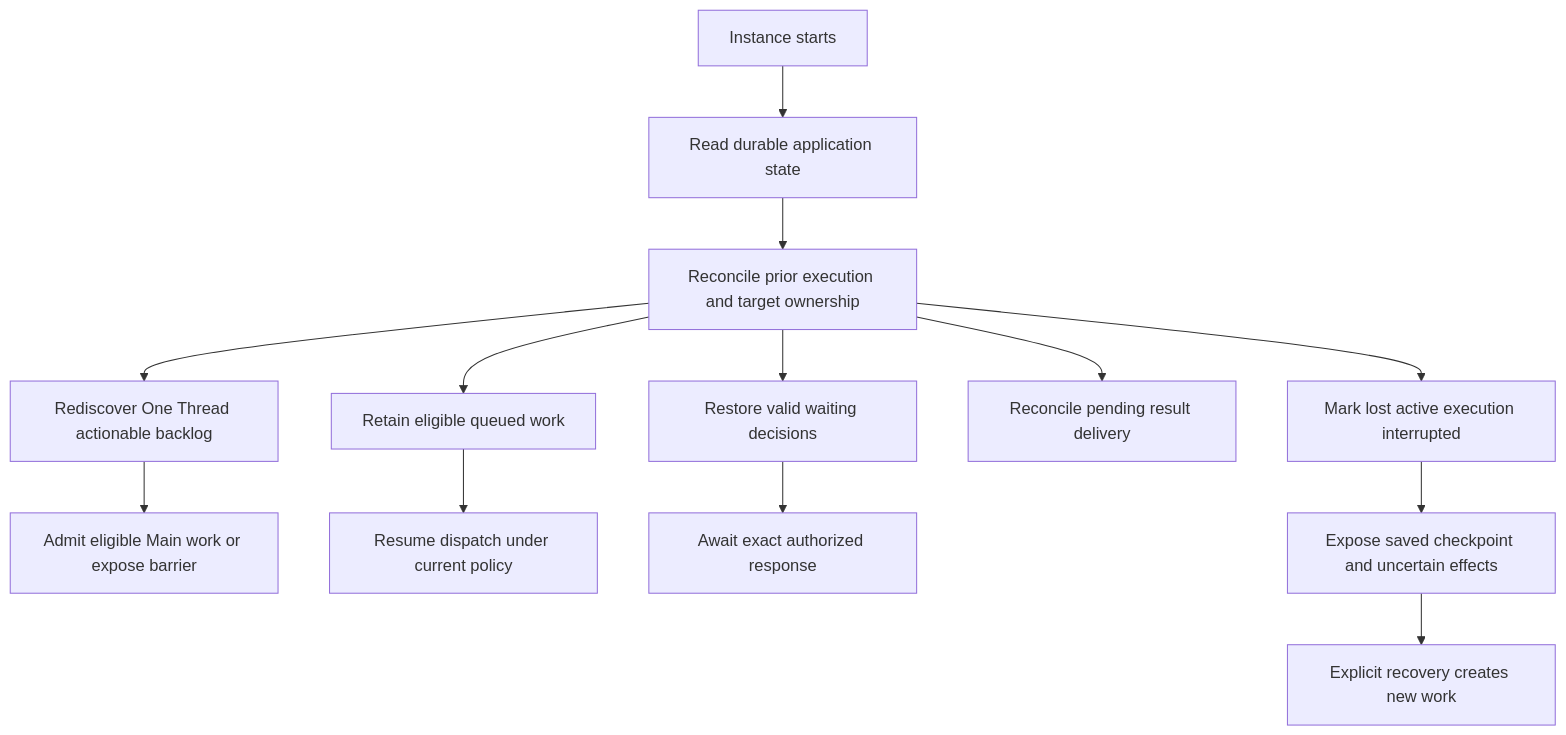
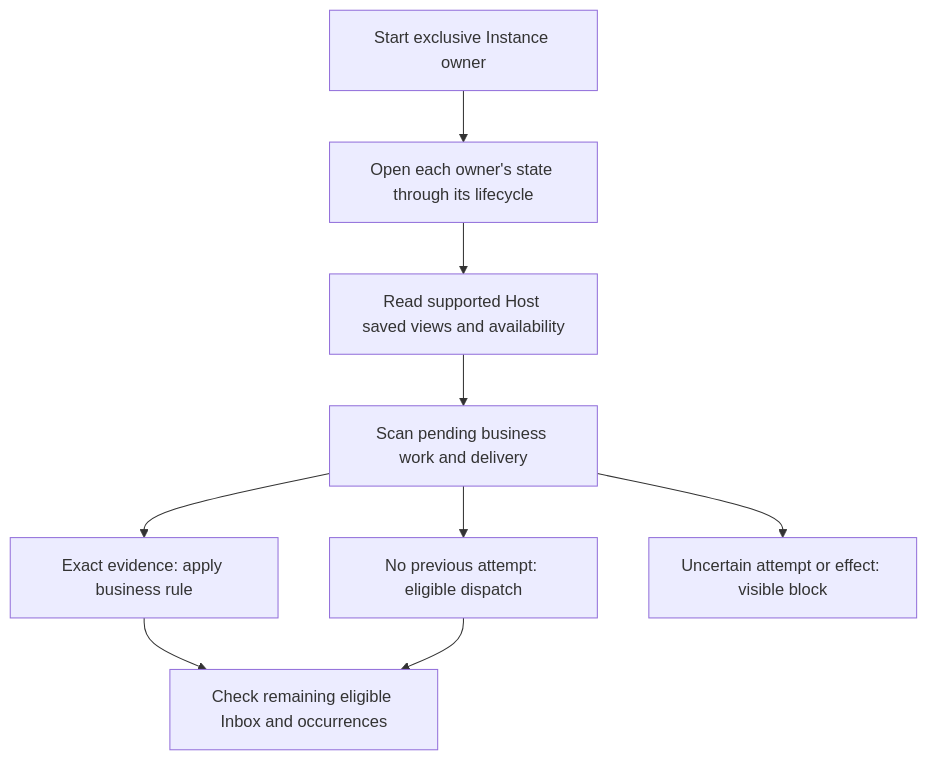
The diagram in spec/04-persistence-and-recovery.md (Wh1isper/a13n-claw), drawn with Mermaid before and after one commit. The commit also changed other lines of this file and 16 other files, not shown here.

````diff
--- a/spec/04-persistence-and-recovery.md
+++ b/spec/04-persistence-and-recovery.md
@@ -44,15 +44,11 @@
 ```mermaid
 flowchart TD
-    Start[Instance starts] --> Load[Read durable application state]
-    Load --> Reconcile[Reconcile prior execution and target ownership]
-    Reconcile --> Queue[Retain eligible queued work]
-    Reconcile --> Wait[Restore valid waiting decisions]
-    Reconcile --> Lost[Mark lost active execution interrupted]
-    Reconcile --> Deliver[Reconcile pending result delivery]
-    Reconcile --> Inbox[Rediscover One Thread actionable backlog]
-    Inbox --> Drain[Admit eligible Main work or expose barrier]
-    Queue --> Admit[Resume dispatch under current policy]
-    Wait --> Answer[Await exact authorized response]
-    Lost --> Review[Expose saved checkpoint and uncertain effects]
-    Review --> Recover[Explicit recovery creates new work]
+    Start[Start exclusive Instance owner] --> Open[Open each owner's state through its lifecycle]
+    Open --> Host[Read supported Host saved views and availability]
+    Host --> Scan[Scan pending business work and delivery]
+    Scan --> Fresh[No previous attempt: eligible dispatch]
+    Scan --> Known[Exact evidence: apply business rule]
+    Scan --> Unknown[Uncertain attempt or effect: visible block]
+    Known --> Drain[Check remaining eligible Inbox and occurrences]
+    Fresh --> Drain
 ```
````
